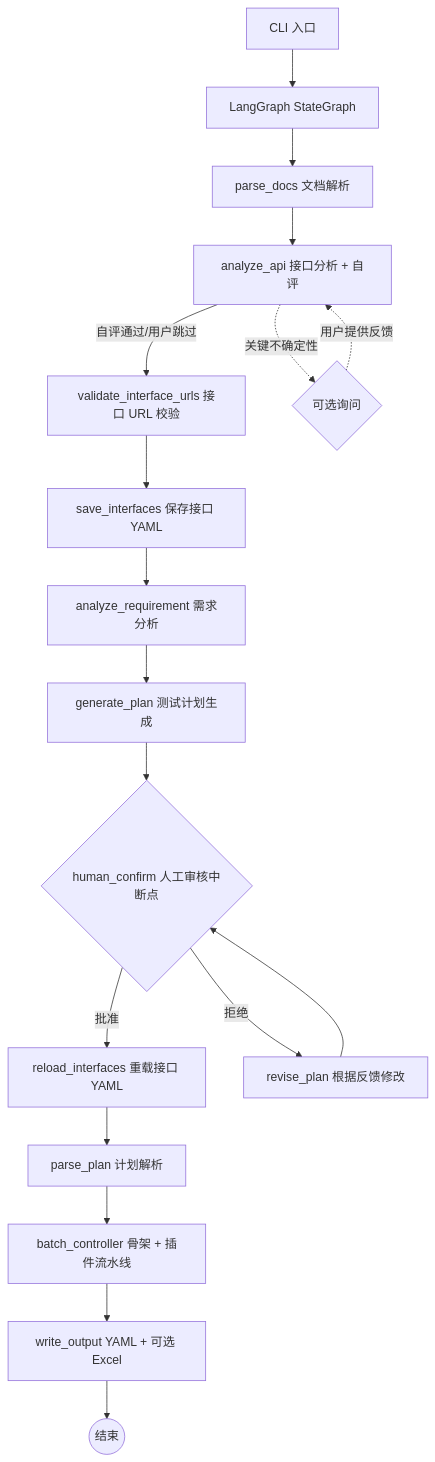
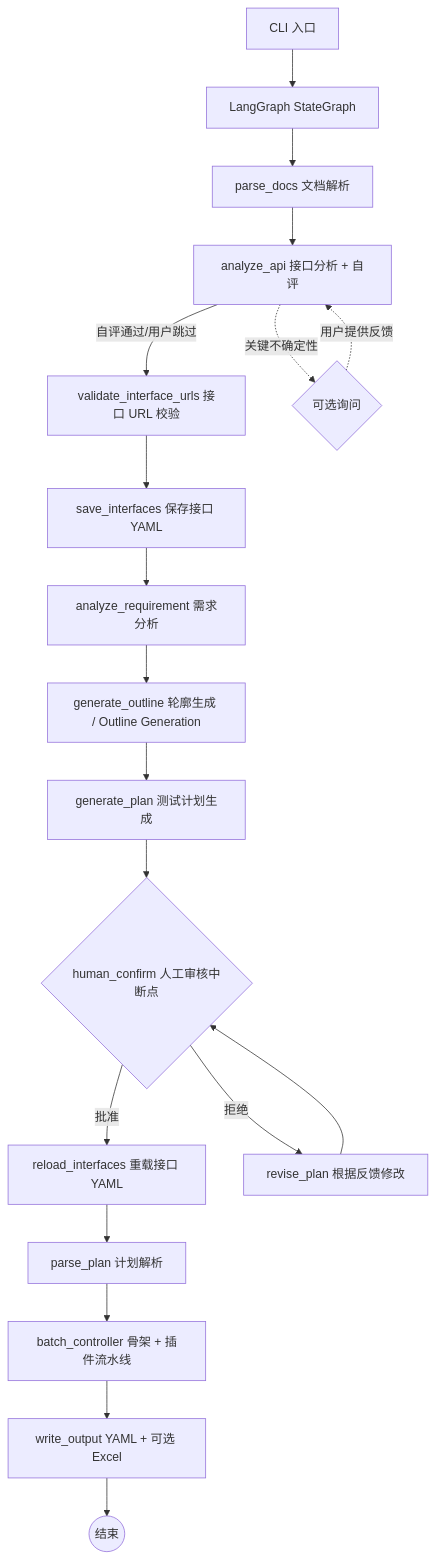
The diagram in agent/README.md (Remon-16/flow-forge), drawn with Mermaid before and after one commit. The commit also changed other lines of this file and 37 other files, not shown here.

````diff
--- a/agent/README.md
+++ b/agent/README.md
@@ -9,20 +9,20 @@
 ```mermaid
 graph TD
     CLI[CLI 入口] --> GRAPH[LangGraph StateGraph]
     GRAPH --> PARSE[parse_docs 文档解析]
     PARSE --> ANALYZE_API[analyze_api 接口分析 + 自评]
     ANALYZE_API -->|自评通过/用户跳过| VALIDATE_URLS[validate_interface_urls 接口 URL 校验]
     ANALYZE_API -.->|关键不确定性| API_ASK{可选询问}
     API_ASK -.->|用户提供反馈| ANALYZE_API
     VALIDATE_URLS --> SAVE_IFACES[save_interfaces 保存接口 YAML]
     SAVE_IFACES --> ANALYZE_REQ[analyze_requirement 需求分析]
-    ANALYZE_REQ --> GEN_PLAN[generate_plan 测试计划生成]
+    ANALYZE_REQ --> GEN_OUTLINE[generate_outline 轮廓生成 / Outline Generation] --> GEN_PLAN[generate_plan 测试计划生成]
     GEN_PLAN --> CONFIRM{human_confirm 人工审核中断点}
     CONFIRM -->|批准| RELOAD_IFACES[reload_interfaces 重载接口 YAML]
     CONFIRM -->|拒绝| REVISE[revise_plan 根据反馈修改]
     REVISE --> CONFIRM
     RELOAD_IFACES --> PARSE_PLAN[parse_plan 计划解析]
     PARSE_PLAN --> BATCH[batch_controller 骨架 + 插件流水线]
     BATCH --> WRITE[write_output YAML + 可选 Excel]
     WRITE --> END((结束))
 ```
````
